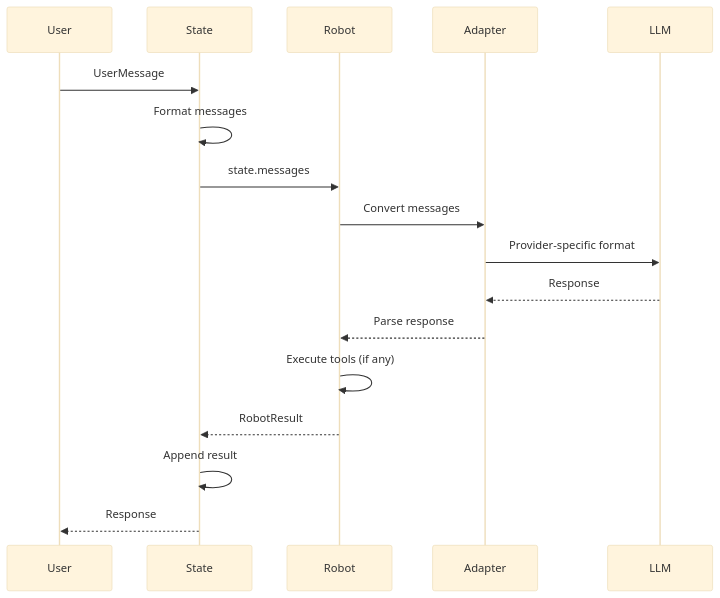
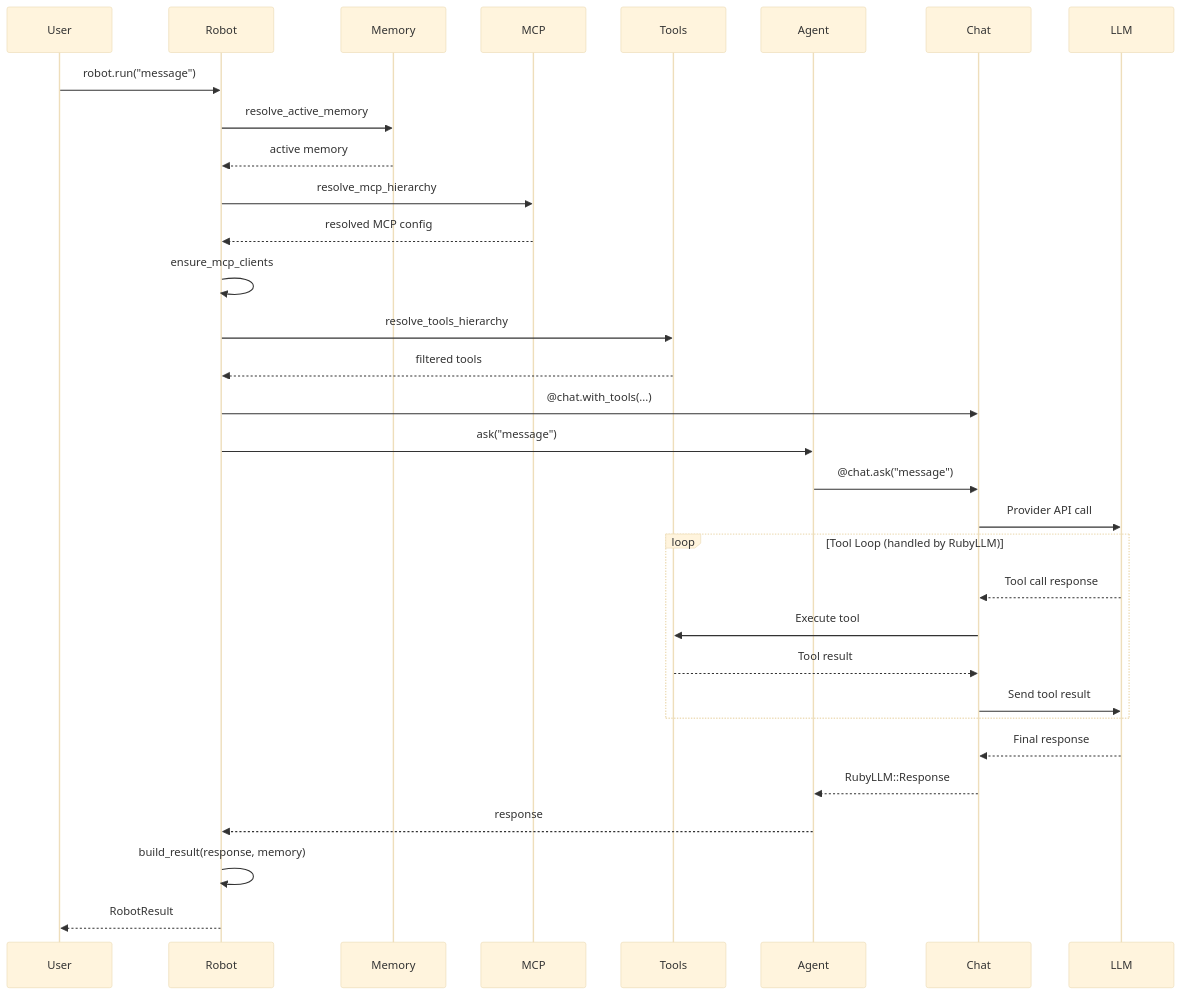
Before and after one commit to MadBomber/robot_lab: the second of 3 diagrams in docs/architecture/message-flow.md, drawn with Mermaid (base theme). The commit also changed other lines of this file and 92 other files, not shown here.

````diff
--- a/docs/architecture/message-flow.md
+++ b/docs/architecture/message-flow.md
@@ -106,21 +109,41 @@
 ```mermaid
 sequenceDiagram
     participant User
-    participant State
     participant Robot
-    participant Adapter
+    participant Memory
+    participant MCP
+    participant Tools
+    participant Agent
+    participant Chat
     participant LLM
 
-    User->>State: UserMessage
-    State->>State: Format messages
-    State->>Robot: state.messages
-    Robot->>Adapter: Convert messages
-    Adapter->>LLM: Provider-specific format
+    User->>Robot: robot.run("message")
+    Robot->>Memory: resolve_active_memory
+    Memory-->>Robot: active memory
 
-    LLM-->>Adapter: Response
-    Adapter-->>Robot: Parse response
-    Robot->>Robot: Execute tools (if any)
-    Robot-->>State: RobotResult
-    State->>State: Append result
-    State-->>User: Response
+    Robot->>MCP: resolve_mcp_hierarchy
+    MCP-->>Robot: resolved MCP config
+    Robot->>Robot: ensure_mcp_clients
+
+    Robot->>Tools: resolve_tools_hierarchy
+    Tools-->>Robot: filtered tools
+    Robot->>Chat: @chat.with_tools(...)
+
+    Robot->>Agent: ask("message")
+    Agent->>Chat: @chat.ask("message")
+    Chat->>LLM: Provider API call
+
+    loop Tool Loop (handled by RubyLLM)
+        LLM-->>Chat: Tool call response
+        Chat->>Tools: Execute tool
+        Tools-->>Chat: Tool result
+        Chat->>LLM: Send tool result
+    end
+
+    LLM-->>Chat: Final response
+    Chat-->>Agent: RubyLLM::Response
+    Agent-->>Robot: response
+
+    Robot->>Robot: build_result(response, memory)
+    Robot-->>User: RobotResult
 ```
````
